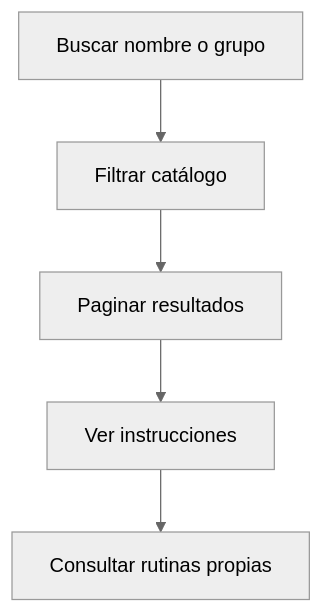
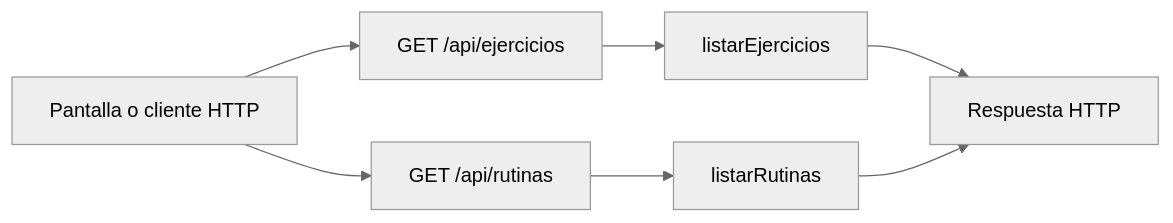
The diagram in guias/08-joaquin-casanou.md (tomimeno0/GYM-OS-Preentrega), drawn with Mermaid (neutral theme) before and after one commit. The commit also changed other lines of this file and 10 other files, not shown here.

````diff
--- a/guias/08-joaquin-casanou.md
+++ b/guias/08-joaquin-casanou.md
@@ -7,12 +16,10 @@
 ```mermaid
-flowchart TD
-  N0["Buscar nombre o grupo"]
-  N1["Filtrar catálogo"]
-  N2["Paginar resultados"]
-  N3["Ver instrucciones"]
-  N4["Consultar rutinas propias"]
-  N0 --> N1
-  N1 --> N2
-  N2 --> N3
-  N3 --> N4
+flowchart LR
+  P["Pantalla o cliente HTTP"]
+  P --> E0["GET /api/ejercicios"]
+  E0 --> F0["listarEjercicios"]
+  F0 --> R["Respuesta HTTP"]
+  P --> E1["GET /api/rutinas"]
+  E1 --> F1["listarRutinas"]
+  F1 --> R["Respuesta HTTP"]
 ```
````
